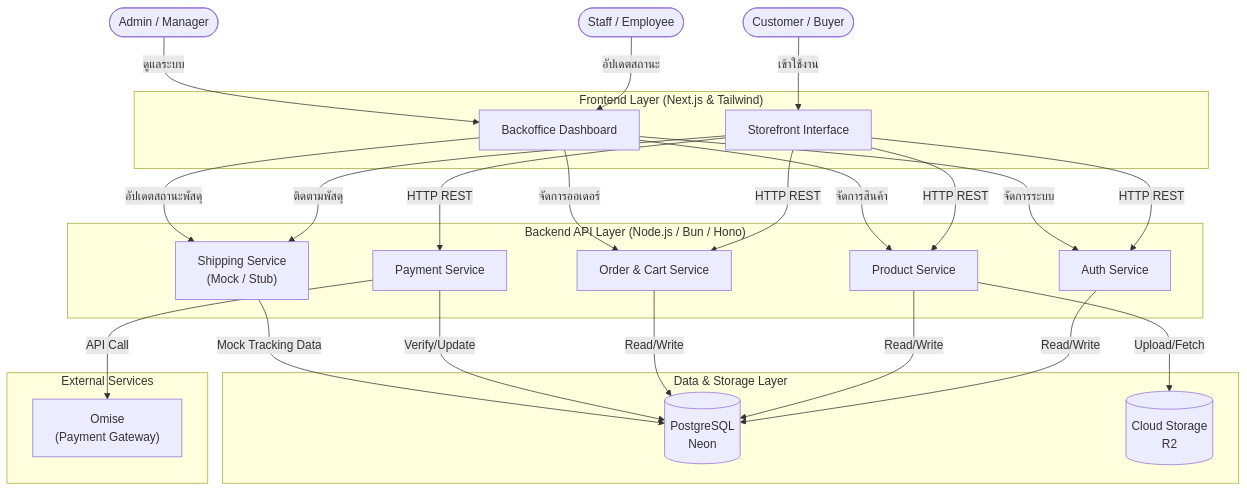
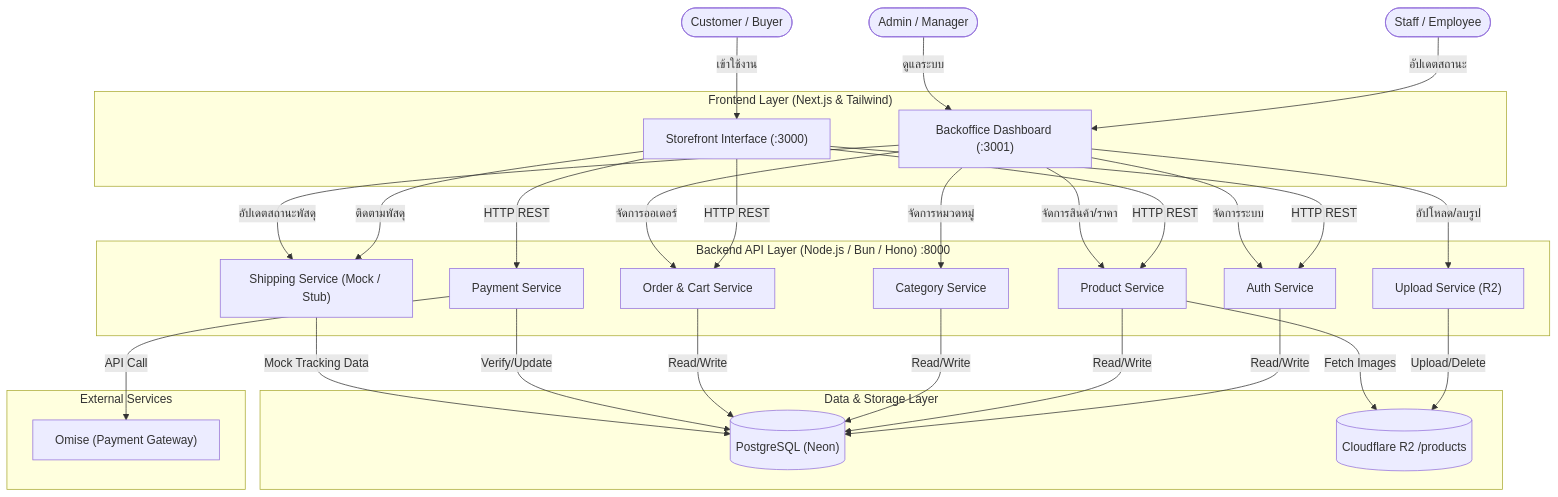
Before and after one commit to Hoyama1122/bareandbold_front: the diagram in README.md, drawn with Mermaid. The commit also changed other lines of this file and 3 other files, not shown here.

````diff
--- a/README.md
+++ b/README.md
@@ -169,60 +190,66 @@
 ```mermaid
 graph TD
     %% 1. Actors Layer
     Customer(["Customer / Buyer"])
     Staff(["Staff / Employee"])
     Admin(["Admin / Manager"])
 
     %% 2. Frontend Layer
     subgraph Frontend ["Frontend Layer (Next.js & Tailwind)"]
-        BuyerUI["Storefront Interface"]
-        AdminUI["Backoffice Dashboard"]
+        BuyerUI["Storefront Interface (:3000)"]
+        AdminUI["Backoffice Dashboard (:3001)"]
     end
 
     %% 3. Backend Layer
-    subgraph Backend ["Backend API Layer (Node.js / Bun / Hono)"]
+    subgraph Backend ["Backend API Layer (Node.js / Bun / Hono) :8000"]
         Auth["Auth Service"]
         Product["Product Service"]
+        Category["Category Service"]
+        Upload["Upload Service (R2)"]
         Order["Order & Cart Service"]
         Payment["Payment Service"]
-        Shipping["Shipping Service <br> (Mock / Stub)"]
+        Shipping["Shipping Service (Mock / Stub)"]
     end
 
     %% 4. Infrastructure & Database Layer
     subgraph Infrastructure ["Data & Storage Layer"]
-        DB[("PostgreSQL <br> Neon")]
-        Storage[("Cloud Storage <br> R2")]
+        DB[("PostgreSQL (Neon)")]
+        Storage[("Cloudflare R2 /products")]
     end
 
     %% 5. External Services Layer
     subgraph External ["External Services"]
-        Omise["Omise <br> (Payment Gateway)"]
+        Omise["Omise (Payment Gateway)"]
     end
 
     %% --- Connections ---
     
     Customer -->|เข้าใช้งาน| BuyerUI
     Staff -->|อัปเดตสถานะ| AdminUI
     Admin -->|ดูแลระบบ| AdminUI
 
     BuyerUI -->|HTTP REST| Auth
     BuyerUI -->|HTTP REST| Product
     BuyerUI -->|HTTP REST| Order
     BuyerUI -->|HTTP REST| Payment
     BuyerUI -->|ติดตามพัสดุ| Shipping
 
     AdminUI -->|อัปเดตสถานะพัสดุ| Shipping
     AdminUI -->|จัดการออเดอร์| Order
-    AdminUI -->|จัดการสินค้า| Product
+    AdminUI -->|จัดการสินค้า/ราคา| Product
+    AdminUI -->|อัปโหลด/ลบรูป| Upload
+    AdminUI -->|จัดการหมวดหมู่| Category
     AdminUI -->|จัดการระบบ| Auth
 
     Auth -->|Read/Write| DB
     Product -->|Read/Write| DB
-    Product -->|Upload/Fetch| Storage
+    Category -->|Read/Write| DB
+    Upload -->|Upload/Delete| Storage
+    Product -->|Fetch Images| Storage
     Order -->|Read/Write| DB
     Payment -->|Verify/Update| DB
     
     %% Gateway & Mock Connections
     Payment -->|API Call| Omise
     Shipping -->|Mock Tracking Data| DB
 ```
````
